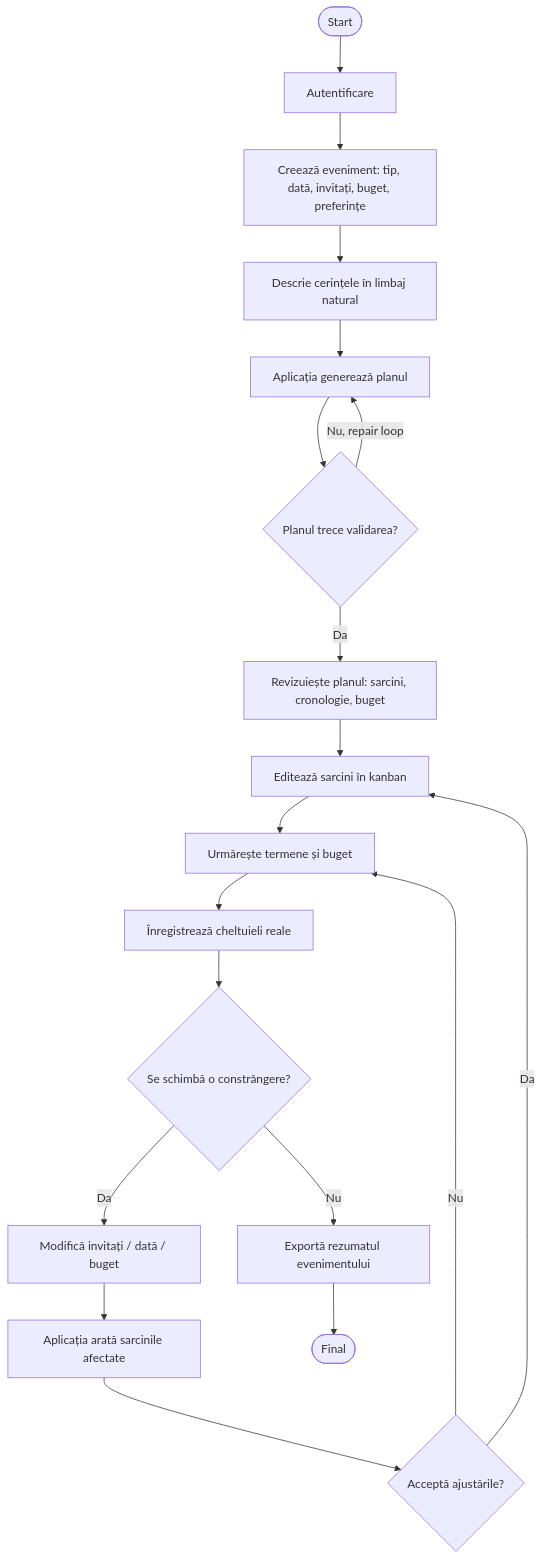
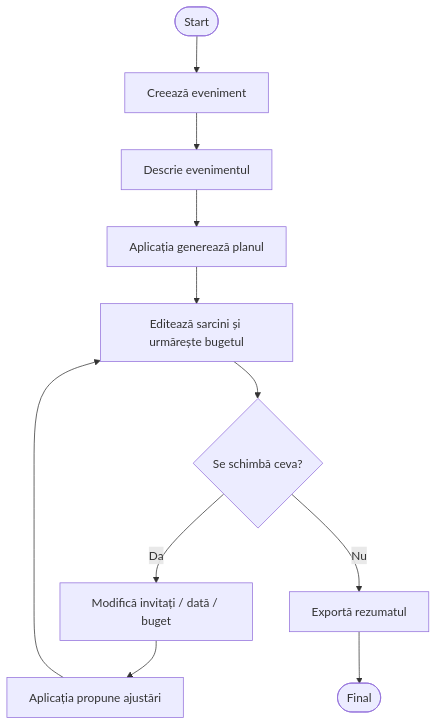
The second of 3 diagrams in README.md (tiaaa2805/Licenta---AI-Event-Planning-assistant), drawn with Mermaid before and after one commit. The commit also changed other lines of this file, not shown here.

````diff
--- a/README.md
+++ b/README.md
@@ -227,21 +140,13 @@
 ```mermaid
 flowchart TD
-    A([Start]) --> B["Autentificare"]
-    B --> C["Creează eveniment: tip, dată, invitați, buget, preferințe"]
-    C --> D["Descrie cerințele în limbaj natural"]
-    D --> E["Aplicația generează planul"]
-    E --> F{"Planul trece validarea?"}
-    F -- "Nu, repair loop" --> E
-    F -- "Da" --> G["Revizuiește planul: sarcini, cronologie, buget"]
-    G --> H["Editează sarcini în kanban"]
-    H --> I["Urmărește termene și buget"]
-    I --> J["Înregistrează cheltuieli reale"]
-    J --> K{"Se schimbă o constrângere?"}
-    K -- "Da" --> L["Modifică invitați / dată / buget"]
-    L --> M["Aplicația arată sarcinile afectate"]
-    M --> N{"Acceptă ajustările?"}
-    N -- "Da" --> H
-    N -- "Nu" --> I
-    K -- "Nu" --> O["Exportă rezumatul evenimentului"]
-    O --> P([Final])
+    A([Start]) --> B["Creează eveniment"]
+    B --> C["Descrie evenimentul"]
+    C --> D["Aplicația generează planul"]
+    D --> E["Editează sarcini și urmărește bugetul"]
+    E --> F{"Se schimbă ceva?"}
+    F -- "Da" --> G["Modifică invitați / dată / buget"]
+    G --> H["Aplicația propune ajustări"]
+    H --> E
+    F -- "Nu" --> I["Exportă rezumatul"]
+    I --> J([Final])
 ```
````
